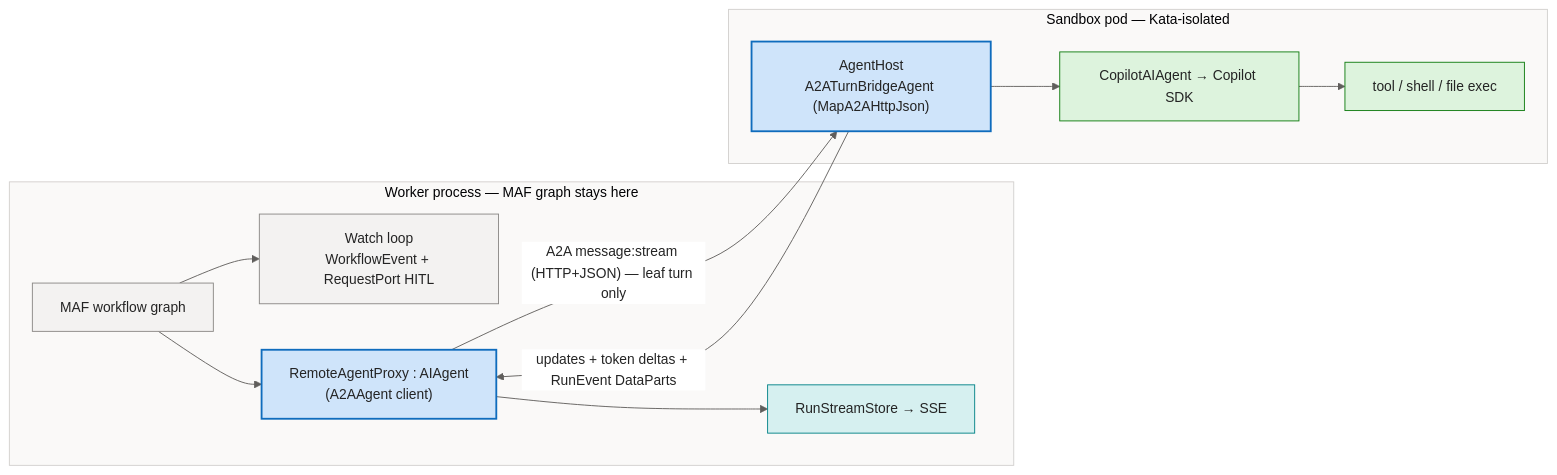
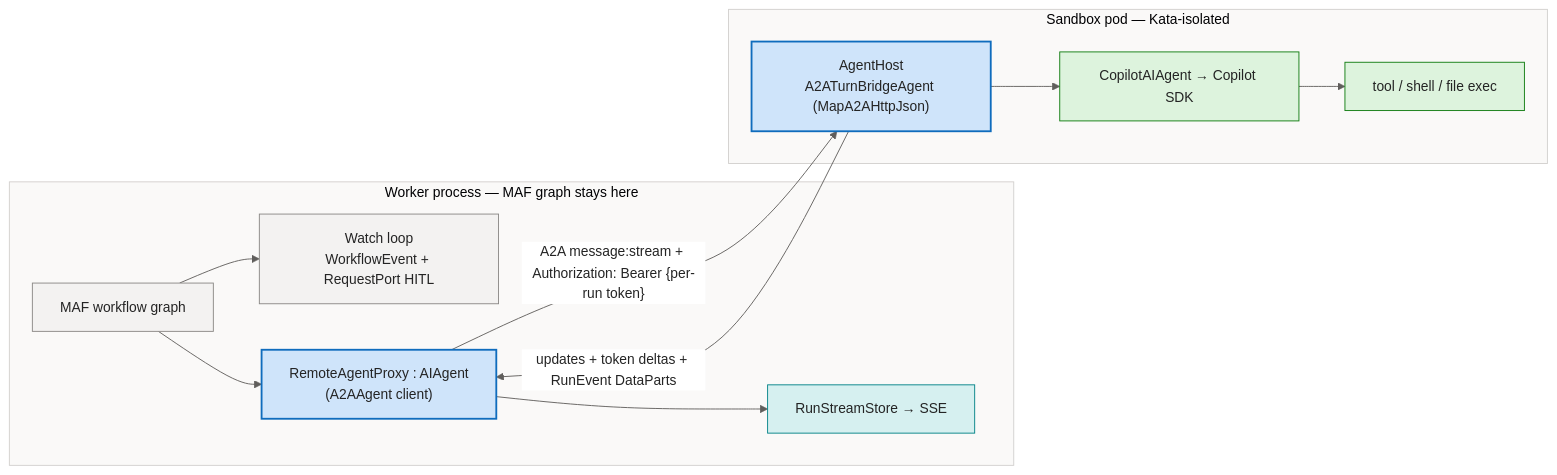
Before and after one commit to sabbour/agentweaver: the first of 3 diagrams in docs/deep-dive/a2a-bridge.md, drawn with Mermaid. The commit also changed other lines of this file and 40 other files, not shown here.

````diff
--- a/docs/deep-dive/a2a-bridge.md
+++ b/docs/deep-dive/a2a-bridge.md
@@ -30,36 +30,36 @@
 ```mermaid
 %%{init: {'theme':'base','themeVariables':{'fontFamily':'Segoe UI, system-ui, -apple-system, sans-serif','fontSize':'15px','primaryColor':'#E8EEF9','primaryBorderColor':'#0F6CBD','primaryTextColor':'#242424','lineColor':'#605E5C','clusterBkg':'#FAF9F8','clusterBorder':'#D2D0CE','edgeLabelBackground':'#FFFFFF'}}}%%
 flowchart LR
     subgraph Worker["Worker process — MAF graph stays here"]
         Graph["MAF workflow graph"]
         Watch["Watch loop<br/>WorkflowEvent + RequestPort HITL"]
         Proxy["RemoteAgentProxy : AIAgent<br/>(A2AAgent client)"]
         Stream["RunStreamStore → SSE"]
         Graph --> Watch
         Graph --> Proxy
         Proxy --> Stream
     end
     subgraph Pod["Sandbox pod — Kata-isolated"]
         Host["AgentHost<br/>A2ATurnBridgeAgent (MapA2AHttpJson)"]
         Copilot["CopilotAIAgent → Copilot SDK"]
         Tools["tool / shell / file exec"]
         Host --> Copilot --> Tools
     end
-    Proxy -- "A2A message:stream (HTTP+JSON) — leaf turn only" --> Host
+    Proxy -- "A2A message:stream + Authorization: Bearer {per-run token}" --> Host
     Host -- "updates + token deltas + RunEvent DataParts" --> Proxy
 
     classDef client fill:#E8EEF9,stroke:#0F6CBD,stroke-width:1px,color:#242424;
     classDef svc fill:#F3F2F1,stroke:#8A8886,stroke-width:1px,color:#242424;
     classDef core fill:#CFE4FA,stroke:#0F6CBD,stroke-width:2px,color:#242424;
     classDef data fill:#FFF4CE,stroke:#C19C00,stroke-width:1px,color:#242424;
     classDef ext fill:#F0E8F8,stroke:#8764B8,stroke-width:1px,color:#242424;
     classDef runtime fill:#DDF3DD,stroke:#107C10,stroke-width:1px,color:#242424;
     classDef evt fill:#D6F0F0,stroke:#038387,stroke-width:1px,color:#242424;
     class Graph svc;
     class Watch svc;
     class Proxy core;
     class Stream evt;
     class Host core;
     class Copilot runtime;
     class Tools runtime;
 ```
````
